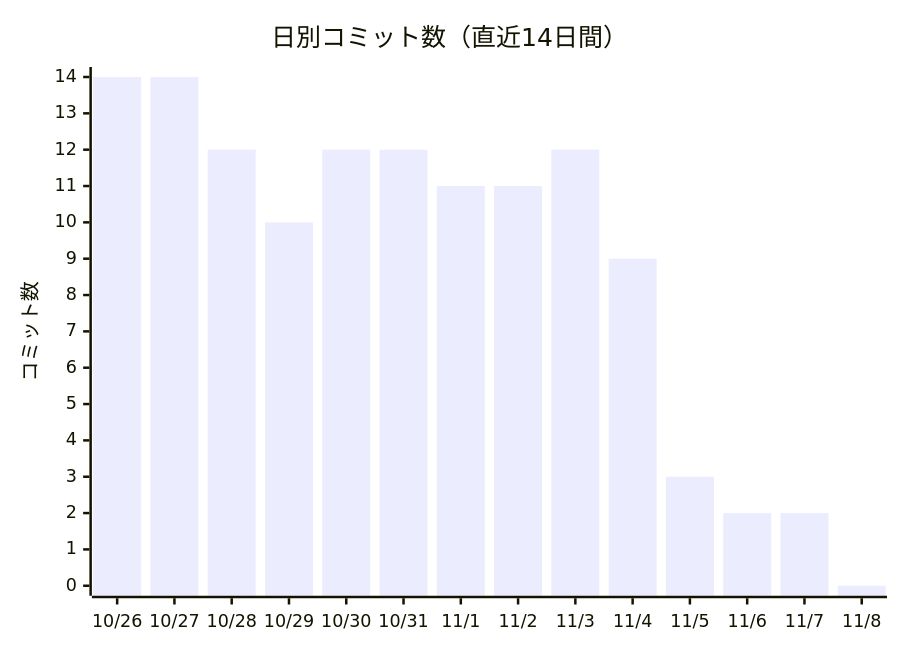
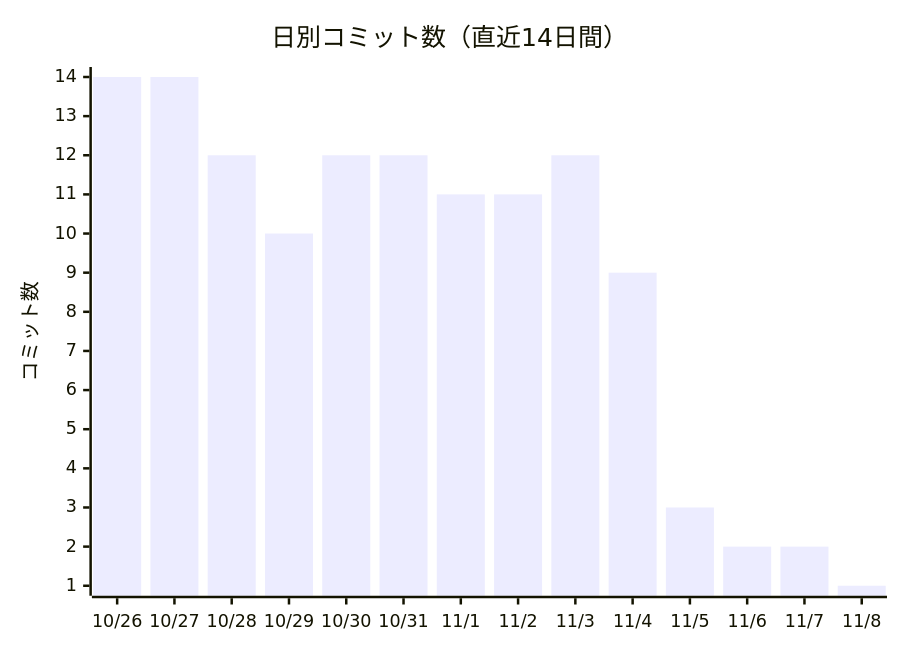
One commit to non-x2/non-x2 changed the first of 2 diagrams in docs/進化レポート.md. Above: the diagram before and after it, drawn with Mermaid. The commit also changed other lines of this file and 1 other file, not shown here.

````diff
--- a/docs/進化レポート.md
+++ b/docs/進化レポート.md
@@ -23,7 +23,7 @@
 ```mermaid
 xychart-beta
     title "日別コミット数（直近14日間）"
     x-axis ["10/26", "10/27", "10/28", "10/29", "10/30", "10/31", "11/1", "11/2", "11/3", "11/4", "11/5", "11/6", "11/7", "11/8"]
     y-axis "コミット数"
-    bar [14, 14, 12, 10, 12, 12, 11, 11, 12, 9, 3, 2, 2, 0]
+    bar [14, 14, 12, 10, 12, 12, 11, 11, 12, 9, 3, 2, 2, 1]
 ```
````
